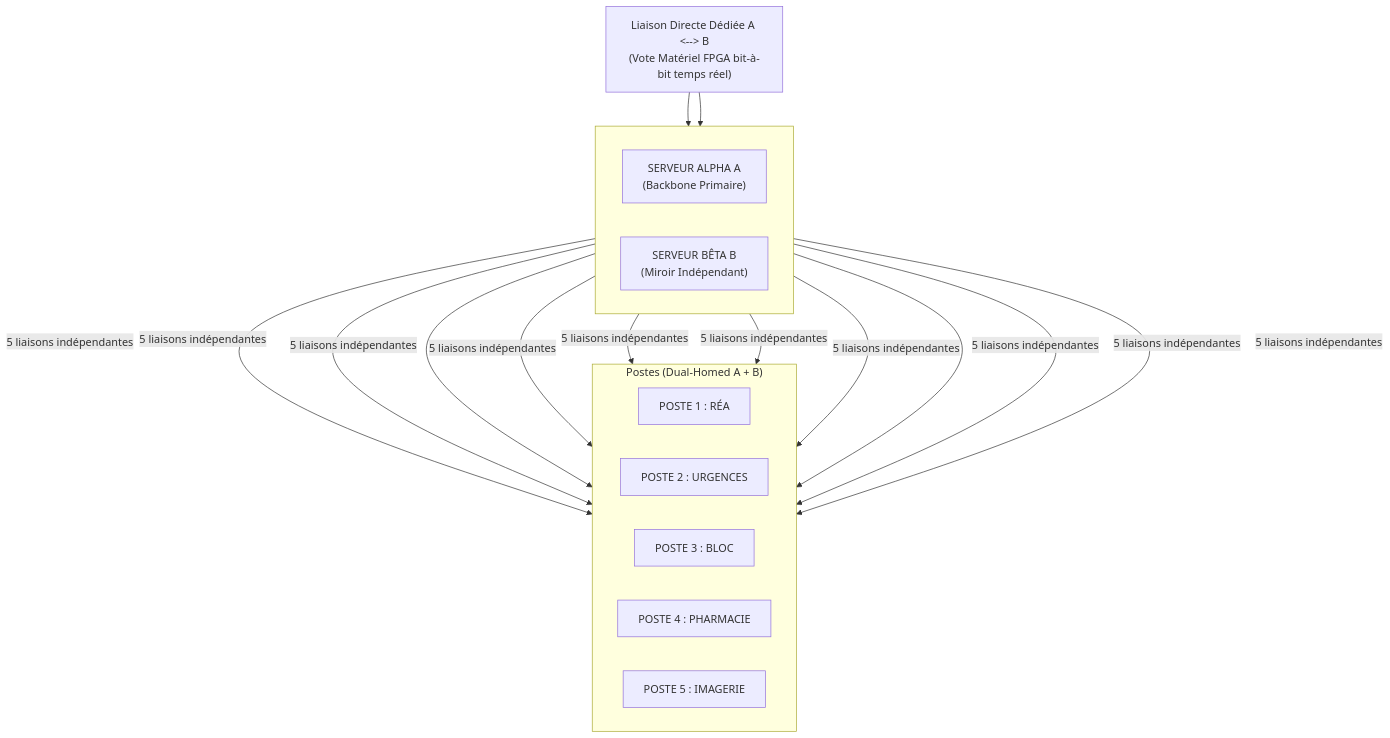
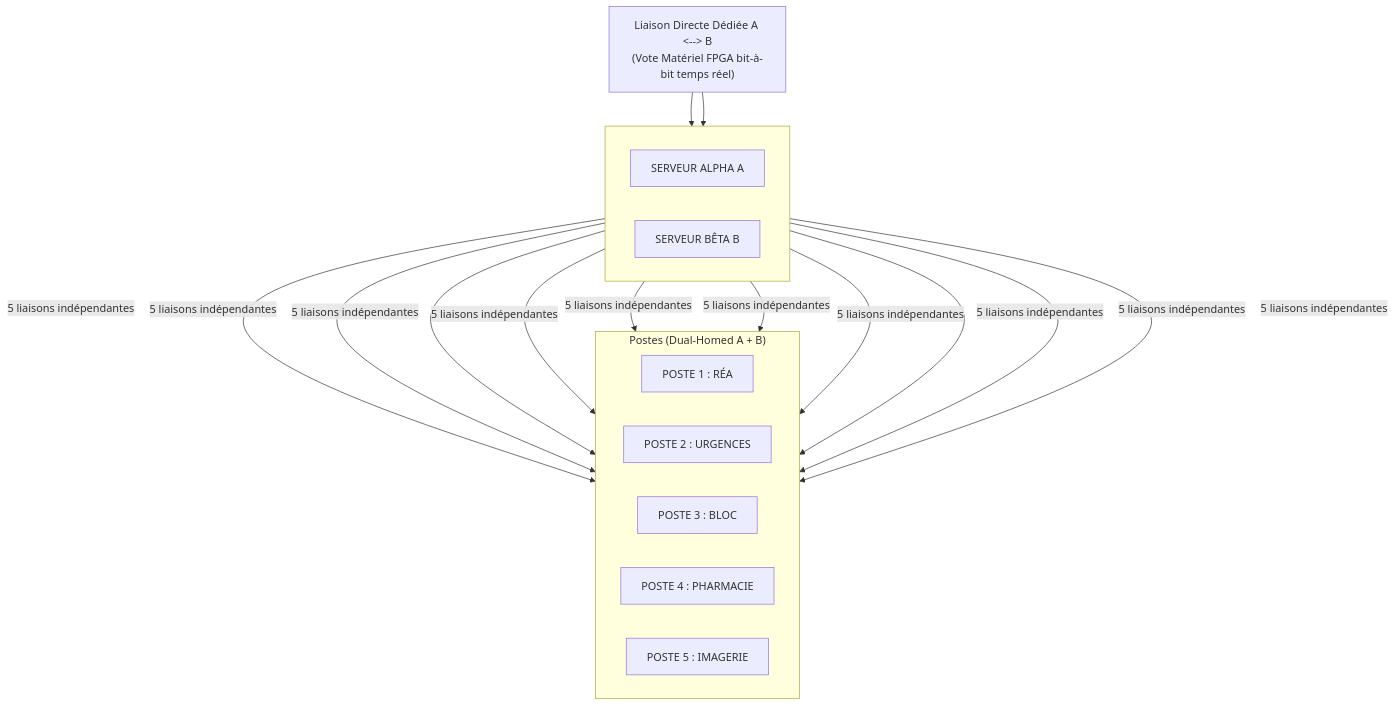
Before and after one commit to tedehur/Livre_Blanc_Octet_Econome_Complet.md: the first of 3 diagrams in Livre_Blanc_Octet_Econome_Complet.md, drawn with Mermaid.

Commit message:
Fix line breaks in server labels
Updated line breaks in server labels for clarity.

````diff
--- a/Livre_Blanc_Octet_Econome_Complet.md
+++ b/Livre_Blanc_Octet_Econome_Complet.md
@@ -23,33 +23,33 @@
 ```mermaid
 flowchart TB
     LD["Liaison Directe Dédiée A <--> B<br/>(Vote Matériel FPGA bit-à-bit temps réel)"]
 
     subgraph infra[" "]
         direction LR
-        A["SERVEUR ALPHA A<br/>(Backbone Primaire)"]
-        B["SERVEUR BÊTA B<br/>(Miroir Indépendant)"]
+        A["SERVEUR ALPHA A<br(Backbone Primaire)"]
+        B["SERVEUR BÊTA B<br(Miroir Indépendant)"]
     end
 
     LD --> A
     LD --> B
 
     subgraph postes["Postes (Dual-Homed A + B)"]
         direction LR
         P1["POSTE 1 : RÉA"]
         P2["POSTE 2 : URGENCES"]
         P3["POSTE 3 : BLOC"]
         P4["POSTE 4 : PHARMACIE"]
         P5["POSTE 5 : IMAGERIE"]
     end
 
     A -->|5 liaisons indépendantes| P1
     B -->|5 liaisons indépendantes| P1
     A -->|5 liaisons indépendantes| P2
     B -->|5 liaisons indépendantes| P2
     A -->|5 liaisons indépendantes| P3
     B -->|5 liaisons indépendantes| P3
     A -->|5 liaisons indépendantes| P4
     B -->|5 liaisons indépendantes| P4
     A -->|5 liaisons indépendantes| P5
     B -->|5 liaisons indépendantes| P5
 ```
````
